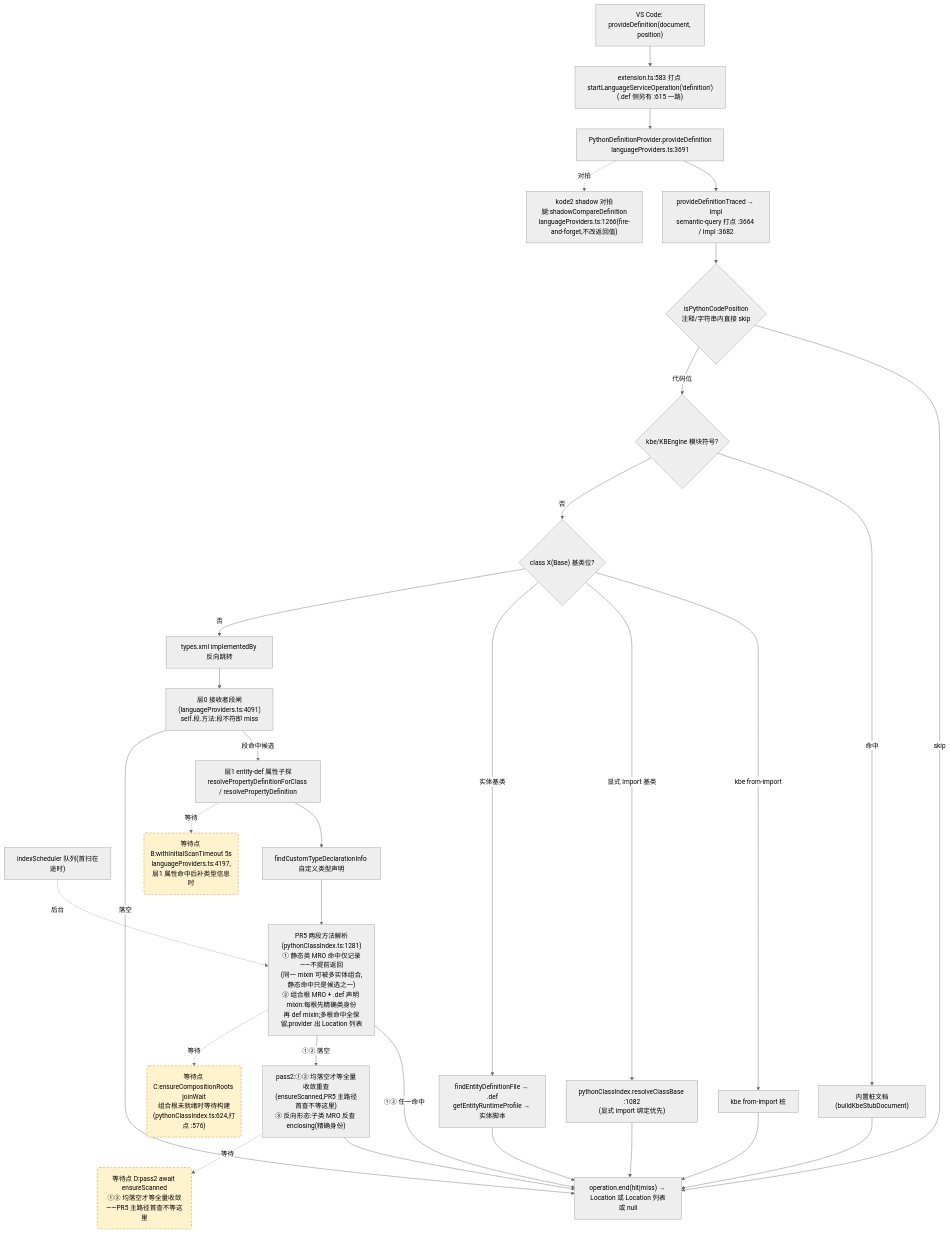
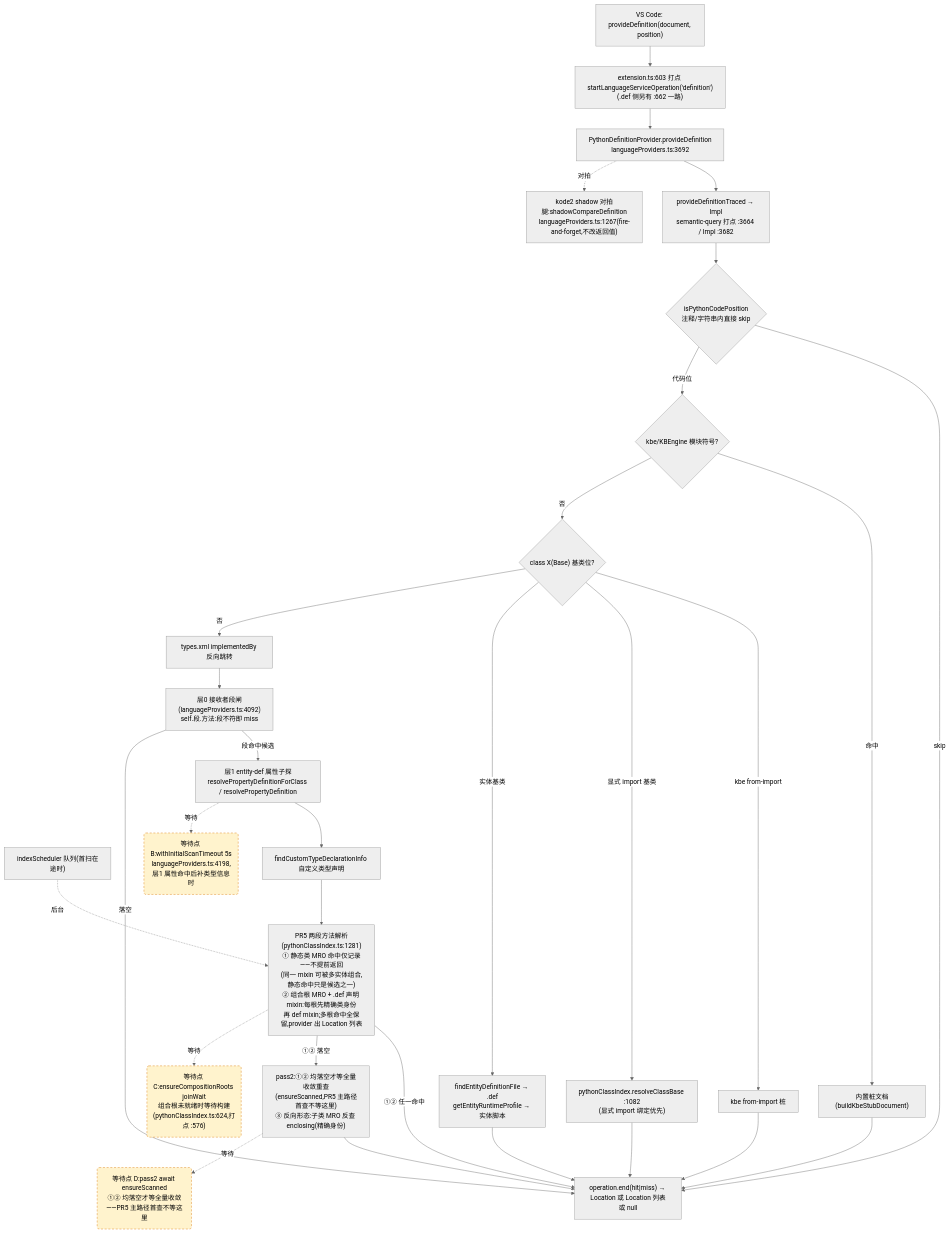
The second of 4 diagrams in docs/perf/2026-baseline.md (cuihairu/kode), drawn with Mermaid (neutral theme) before and after one commit. The commit also changed other lines of this file and 7 other files, not shown here.

````diff
--- a/docs/perf/2026-baseline.md
+++ b/docs/perf/2026-baseline.md
@@ -130,51 +130,51 @@
 ```mermaid
 flowchart TD
   VC2["VS Code: provideDefinition(document, position)"]
-  M2["extension.ts:583 打点 startLanguageServiceOperation('definition')<br/>(.def 侧另有 :615 一路)"]
-  AD2["PythonDefinitionProvider.provideDefinition<br/>languageProviders.ts:3691"]
+  M2["extension.ts:603 打点 startLanguageServiceOperation('definition')<br/>(.def 侧另有 :662 一路)"]
+  AD2["PythonDefinitionProvider.provideDefinition<br/>languageProviders.ts:3692"]
   TR["provideDefinitionTraced → Impl<br/>semantic-query 打点 :3664 / Impl :3682"]
   CTX{"isPythonCodePosition<br/>注释/字符串内直接 skip"}
   KBE{"kbe/KBEngine 模块符号?"}
   STUB["内置桩文档(buildKbeStubDocument)"]
   CB{"class X(Base) 基类位?"}
   CB1["kbe from-import 桩"]
   CB2["pythonClassIndex.resolveClassBase :1082<br/>(显式 import 绑定优先)"]
   CB3["findEntityDefinitionFile → .def<br/>getEntityRuntimeProfile → 实体脚本"]
   REV["types.xml implementedBy 反向跳转"]
-  L0["层0 接收者段闸(languageProviders.ts:4091)<br/>self.段.方法:段不符即 miss"]
+  L0["层0 接收者段闸(languageProviders.ts:4092)<br/>self.段.方法:段不符即 miss"]
   L1["层1 entity-def 属性子探<br/>resolvePropertyDefinitionForClass / resolvePropertyDefinition"]
   SCAN["indexScheduler 队列(首扫在途时)"]
   TY["findCustomTypeDeclarationInfo 自定义类型声明"]
   MRO["PR5 两段方法解析(pythonClassIndex.ts:1281)<br/>① 静态类 MRO 命中仅记录——不提前返回<br/>(同一 mixin 可被多实体组合,静态命中只是候选之一)<br/>② 组合根 MRO + .def 声明 mixin:每根先精确类身份<br/>再 def mixin;多根命中全保留,provider 出 Location 列表"]
   PASS2["pass2:①② 均落空才等全量收敛重查<br/>(ensureScanned,PR5 主路径首查不等这里)<br/>③ 反向形态:子类 MRO 反查 enclosing(精确身份)"]
-  SHD["kode2 shadow 对拍腿:shadowCompareDefinition<br/>languageProviders.ts:1266(fire-and-forget,不改返回值)"]
+  SHD["kode2 shadow 对拍腿:shadowCompareDefinition<br/>languageProviders.ts:1267(fire-and-forget,不改返回值)"]
   END2["operation.end(hit|miss) → Location 或 Location 列表或 null"]
 
   VC2 --> M2 --> AD2 --> TR --> CTX
   CTX -- "skip" --> END2
   CTX -- "代码位" --> KBE
   KBE -- "命中" --> STUB --> END2
   KBE -- "否" --> CB
   CB -- "kbe from-import" --> CB1 --> END2
   CB -- "显式 import 基类" --> CB2 --> END2
   CB -- "实体基类" --> CB3 --> END2
   CB -- "否" --> REV --> L0
   L0 -- "段命中候选" --> L1
   L0 -- "落空" --> END2
   L1 --> TY
   TY --> MRO
   MRO -- "①② 任一命中" --> END2
   MRO -- "①② 落空" --> PASS2 --> END2
   AD2 -.->|对拍| SHD
 
-  WAITB("等待点 B:withInitialScanTimeout 5s<br/>languageProviders.ts:4197,层1 属性命中后补类型信息时")
+  WAITB("等待点 B:withInitialScanTimeout 5s<br/>languageProviders.ts:4198,层1 属性命中后补类型信息时")
   WAITC("等待点 C:ensureCompositionRoots joinWait<br/>组合根未就绪时等待构建(pythonClassIndex.ts:624,打点 :576)")
   WAITD("等待点 D:pass2 await ensureScanned<br/>①② 均落空才等全量收敛——PR5 主路径首查不等这里")
   L1 -.->|等待| WAITB
   MRO -.->|等待| WAITC
   PASS2 -.->|等待| WAITD
   SCAN -.->|后台| MRO
 
   classDef waitPoint fill:#fff3cd,stroke:#d97706,stroke-dasharray:5 4;
   class WAITB,WAITC,WAITD waitPoint;
 ```
````
